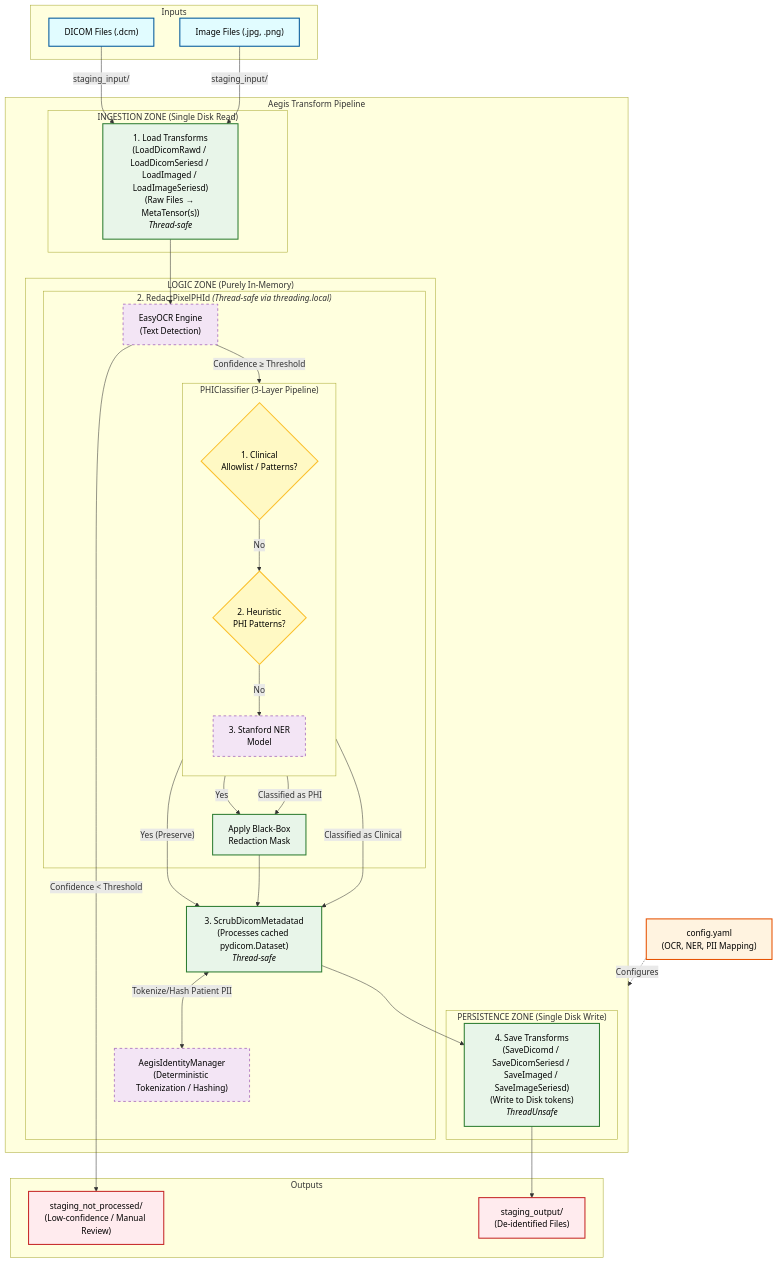
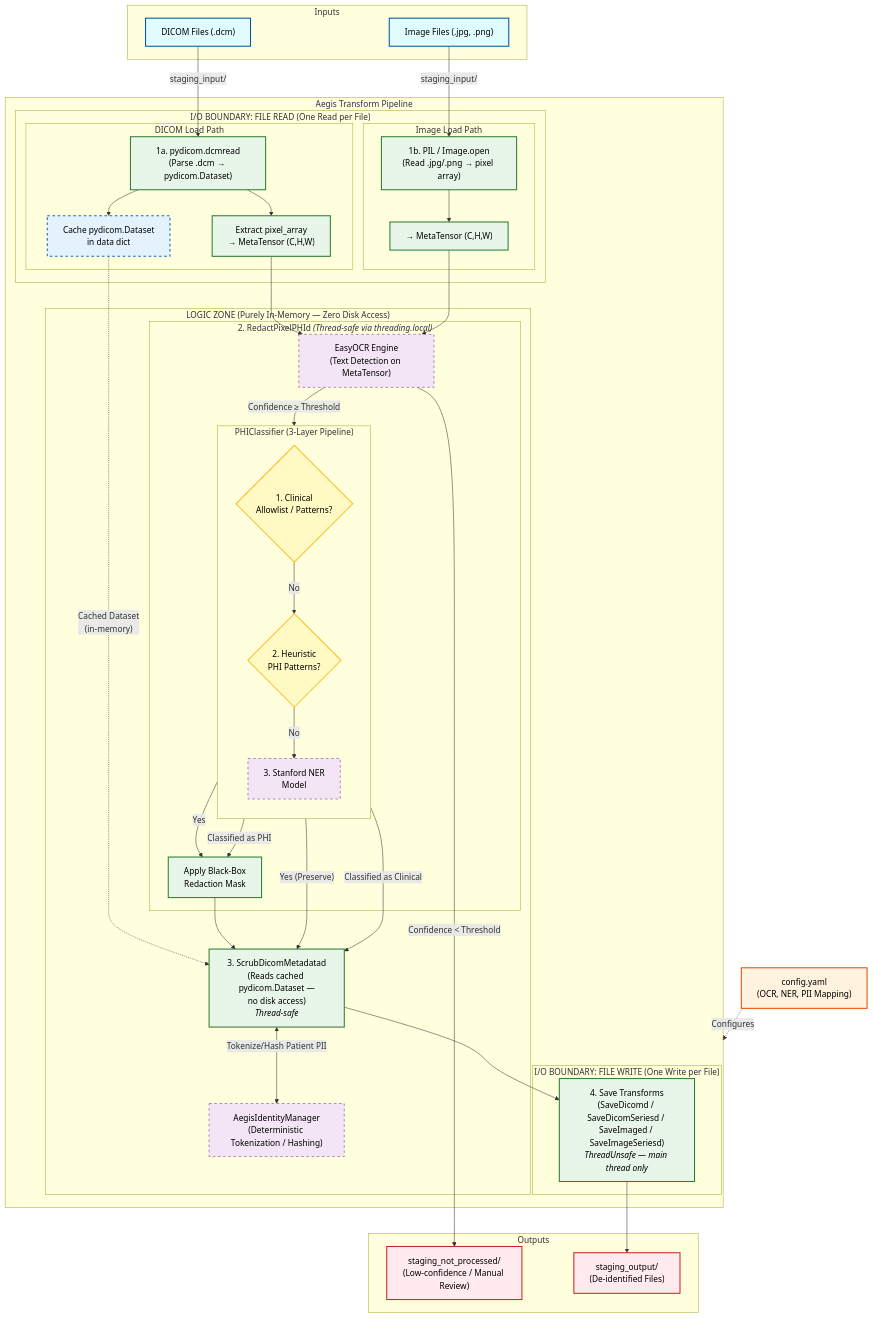
One commit to lakshmi-mahabaleshwara/aegis changed the first of 2 diagrams in README.md. Above: the diagram before and after it, drawn with Mermaid. The commit also changed other lines of this file and 1 other file, not shown here.

Commit message:
Update the Readme doc

```diff
--- a/README.md
+++ b/README.md
@@ -66,7 +66,7 @@
     classDef output fill:#ffebee,stroke:#c62828,stroke-width:2px,color:#000;
     classDef config fill:#fff3e0,stroke:#e65100,stroke-width:2px,color:#000;
     classDef decision fill:#fff9c4,stroke:#fbc02d,stroke-width:2px,color:#000;
-    classDef ioZone fill:#eceff1,stroke:#607d8b,stroke-width:2px,stroke-dasharray: 5 5,color:#000;
+    classDef cache fill:#e3f2fd,stroke:#1565c0,stroke-width:2px,stroke-dasharray: 5 5,color:#000;
 
     subgraph Inputs ["Inputs"]
         dicom["DICOM Files (.dcm)"]:::input
@@ -77,13 +77,21 @@
 
     subgraph Pipeline ["Aegis Transform Pipeline"]
         
-        subgraph Ingestion ["INGESTION ZONE (Single Disk Read)"]
-            load["1. Load Transforms\n(LoadDicomRawd / LoadDicomSeriesd / LoadImaged / LoadImageSeriesd)\n(Raw Files → MetaTensor(s))\n<i>Thread-safe</i>"]:::process
+        subgraph Ingestion ["I/O BOUNDARY: FILE READ (One Read per File)"]
+            subgraph dicom_load ["DICOM Load Path"]
+                dcm_read["1a. pydicom.dcmread\n(Parse .dcm → pydicom.Dataset)"]:::process
+                dcm_cache["Cache pydicom.Dataset\nin data dict"]:::cache
+                dcm_pixel["Extract pixel_array\n→ MetaTensor (C,H,W)"]:::process
+            end
+            subgraph image_load ["Image Load Path"]
+                img_read["1b. PIL / Image.open\n(Read .jpg/.png → pixel array)"]:::process
+                img_pixel["→ MetaTensor (C,H,W)"]:::process
+            end
         end
 
-        subgraph Logic ["LOGIC ZONE (Purely In-Memory)"]
+        subgraph Logic ["LOGIC ZONE (Purely In-Memory — Zero Disk Access)"]
             subgraph step2 ["2. RedactPixelPHId <i>(Thread-safe via threading.local)</i>"]
-                ocr["EasyOCR Engine\n(Text Detection)"]:::subProcess
+                ocr["EasyOCR Engine\n(Text Detection on MetaTensor)"]:::subProcess
                 
                 subgraph NER ["PHIClassifier (3-Layer Pipeline)"]
                     direction TB
@@ -95,12 +103,12 @@
                 action_redact["Apply Black-Box\nRedaction Mask"]:::process
             end
 
-            scrub["3. ScrubDicomMetadatad\n(Processes cached pydicom.Dataset)\n<i>Thread-safe</i>"]:::process
+            scrub["3. ScrubDicomMetadatad\n(Reads cached pydicom.Dataset —\nno disk access)\n<i>Thread-safe</i>"]:::process
             id_manager["AegisIdentityManager\n(Deterministic Tokenization / Hashing)"]:::subProcess
         end
         
-        subgraph Persistence ["PERSISTENCE ZONE (Single Disk Write)"]
-            save["4. Save Transforms\n(SaveDicomd / SaveDicomSeriesd / SaveImaged / SaveImageSeriesd)\n(Write to Disk tokens)\n<i>ThreadUnsafe</i>"]:::process
+        subgraph Persistence ["I/O BOUNDARY: FILE WRITE (One Write per File)"]
+            save["4. Save Transforms\n(SaveDicomd / SaveDicomSeriesd / SaveImaged / SaveImageSeriesd)\n<i>ThreadUnsafe — main thread only</i>"]:::process
         end
     end
 
@@ -112,10 +120,17 @@
     %% Connections
     config -. "Configures" .-> Pipeline
     
-    dicom -- "staging_input/" --> load
-    img -- "staging_input/" --> load
+    dicom -- "staging_input/" --> dcm_read
+    img -- "staging_input/" --> img_read
+
+    dcm_read --> dcm_cache
+    dcm_read --> dcm_pixel
+    img_read --> img_pixel
     
-    load --> ocr
+    dcm_pixel --> ocr
+    img_pixel --> ocr
+
+    dcm_cache -. "Cached Dataset\n(in-memory)" .-> scrub
     
     ocr -- "Confidence < Threshold" --> out_not_proc
     ocr -- "Confidence ≥ Threshold" --> L1
```
